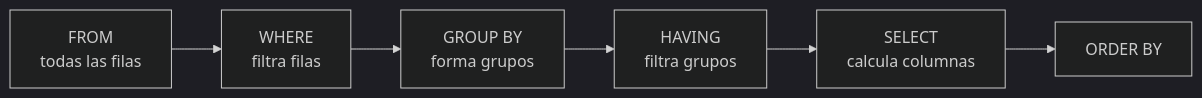
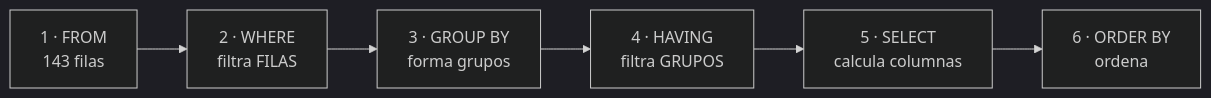
Before and after one commit to LorenaLResusta/BBDD: the second of 5 diagrams in content.es/ud07-consultas-avanzadas/ud07-teoria.md, drawn with Mermaid (dark theme). The commit also changed other lines of this file and 13 other files, not shown here.

````diff
--- a/content.es/ud07-consultas-avanzadas/ud07-teoria.md
+++ b/content.es/ud07-consultas-avanzadas/ud07-teoria.md
@@ -130,4 +313,8 @@
 ```mermaid
 flowchart LR
-    A[FROM<br/>todas las filas] --> B[WHERE<br/>filtra filas] --> C[GROUP BY<br/>forma grupos] --> D[HAVING<br/>filtra grupos] --> E[SELECT<br/>calcula columnas] --> F[ORDER BY]
+    F["1 · FROM<br/>143 filas"] --> W["2 · WHERE<br/>filtra FILAS"]
+    W --> G["3 · GROUP BY<br/>forma grupos"]
+    G --> H["4 · HAVING<br/>filtra GRUPOS"]
+    H --> S["5 · SELECT<br/>calcula columnas"]
+    S --> O["6 · ORDER BY<br/>ordena"]
 ```
````
